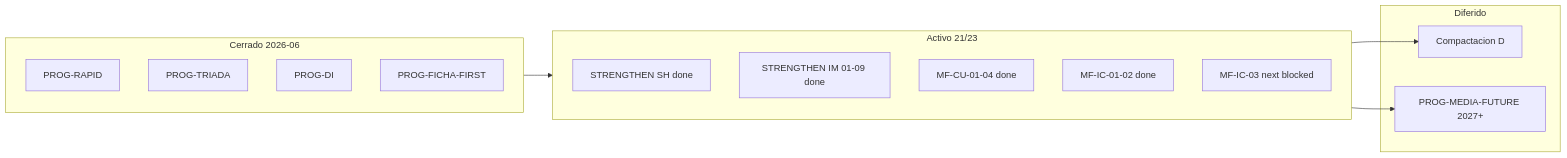
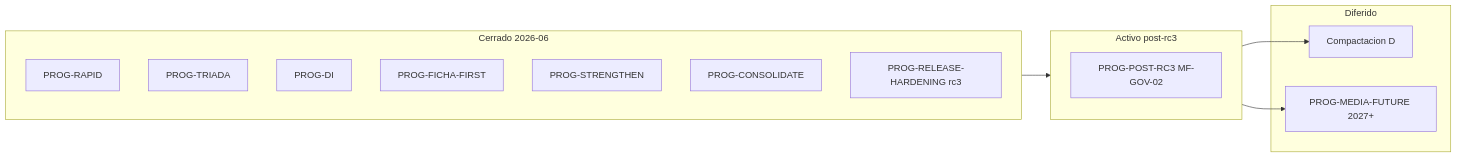
The diagram in reports/epis2-plan-desarrollo-unificado-2026-06-14.md (gabriel2320/epis2), drawn with Mermaid before and after one commit. The commit also changed other lines of this file and 6 other files, not shown here.

First line of the commit message:
docs(gov): PROG-POST-RC3 tramo 1 MF-GOV-01…04

````diff
--- a/reports/epis2-plan-desarrollo-unificado-2026-06-14.md
+++ b/reports/epis2-plan-desarrollo-unificado-2026-06-14.md
@@ -99,23 +105,22 @@
 ```mermaid
 flowchart LR
   subgraph cerrado [Cerrado 2026-06]
     R[PROG-RAPID]
     T[PROG-TRIADA]
     DI[PROG-DI]
     FF[PROG-FICHA-FIRST]
+    SH[PROG-STRENGTHEN]
+    CON[PROG-CONSOLIDATE]
+    REL[PROG-RELEASE-HARDENING rc3]
   end
-  subgraph activo [Activo 21/23]
-    SH[STRENGTHEN SH done]
-    IM[STRENGTHEN IM 01-09 done]
-    CU[MF-CU-01-04 done]
-    IC12[MF-IC-01-02 done]
-    IC3[MF-IC-03 next blocked]
+  subgraph activo [Activo post-rc3]
+    GOV[PROG-POST-RC3 MF-GOV-02]
   end
   subgraph diferido [Diferido]
     D[Compactacion D]
     M[PROG-MEDIA-FUTURE 2027+]
   end
   cerrado --> activo
   activo --> D
   activo --> M
 ```
````
